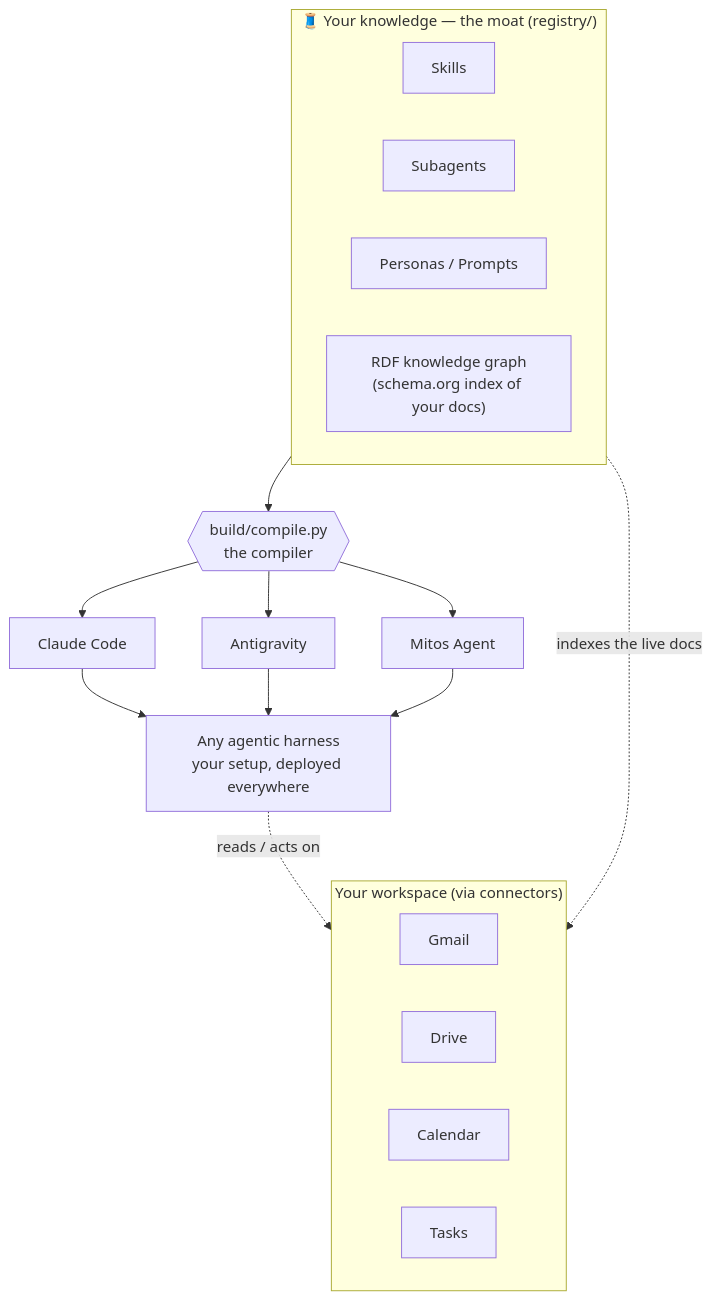
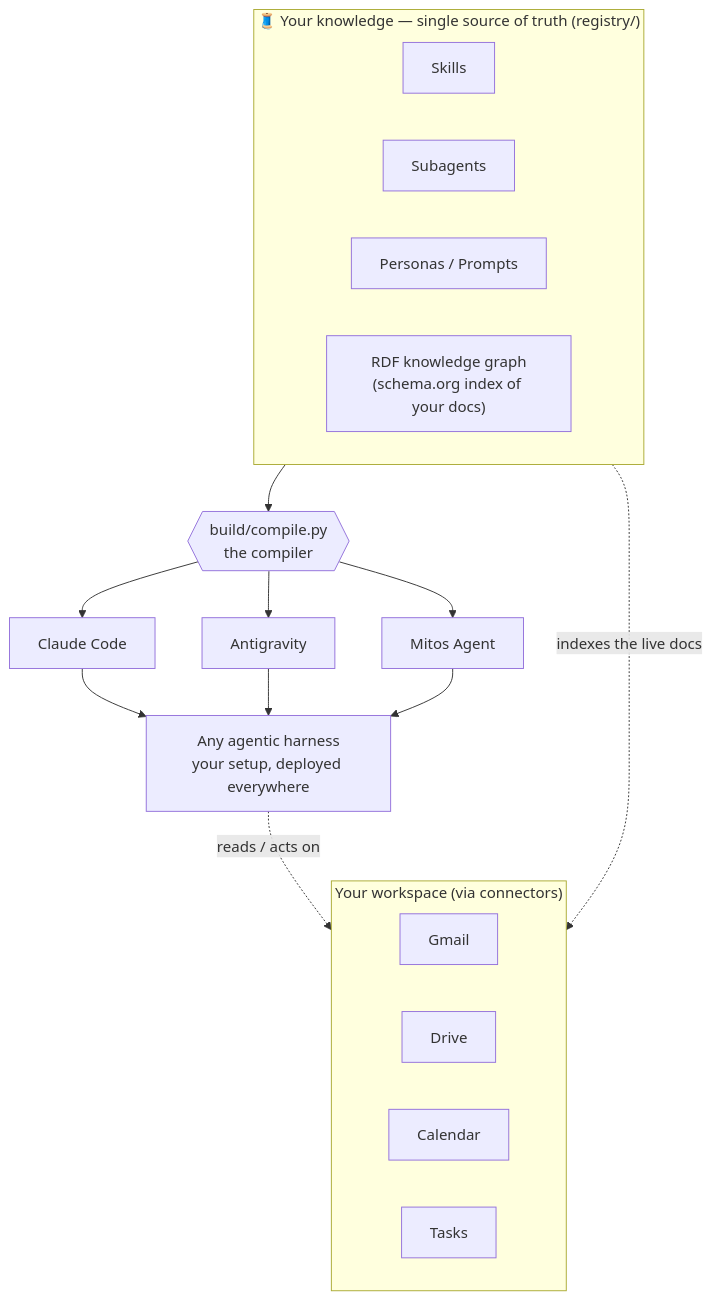
Before and after one commit to Peccia/mitos: the first of 2 diagrams in README.md, drawn with Mermaid. The commit also changed other lines of this file and 9 other files, not shown here.

First line of the commit message:
Enhance documentation clarity and onboarding flow

````diff
--- a/README.md
+++ b/README.md
@@ -9,30 +12,30 @@
 ```mermaid
 flowchart TB
-    subgraph MOAT["🧵 Your knowledge — the moat (registry/)"]
+    subgraph MOAT["🧵 Your knowledge — single source of truth (registry/)"]
         direction LR
         SKILLS["Skills"]
         AGENTS["Subagents"]
         PROMPTS["Personas / Prompts"]
         GRAPH["RDF knowledge graph<br/>(schema.org index of your docs)"]
     end
 
     MOAT --> COMPILE{{"build/compile.py<br/>the compiler"}}
 
     COMPILE --> CC["Claude Code"]
     COMPILE --> AG["Antigravity"]
     COMPILE --> HE["Mitos Agent"]
 
     CC --> HARNESS["Any agentic harness<br/>your setup, deployed everywhere"]
     AG --> HARNESS
     HE --> HARNESS
 
     subgraph WS["Your workspace (via connectors)"]
         direction LR
         GM["Gmail"]
         DR["Drive"]
         CA["Calendar"]
         TK["Tasks"]
     end
     GRAPH -. "indexes the live docs" .-> WS
     HARNESS -. "reads / acts on" .-> WS
 ```
````
